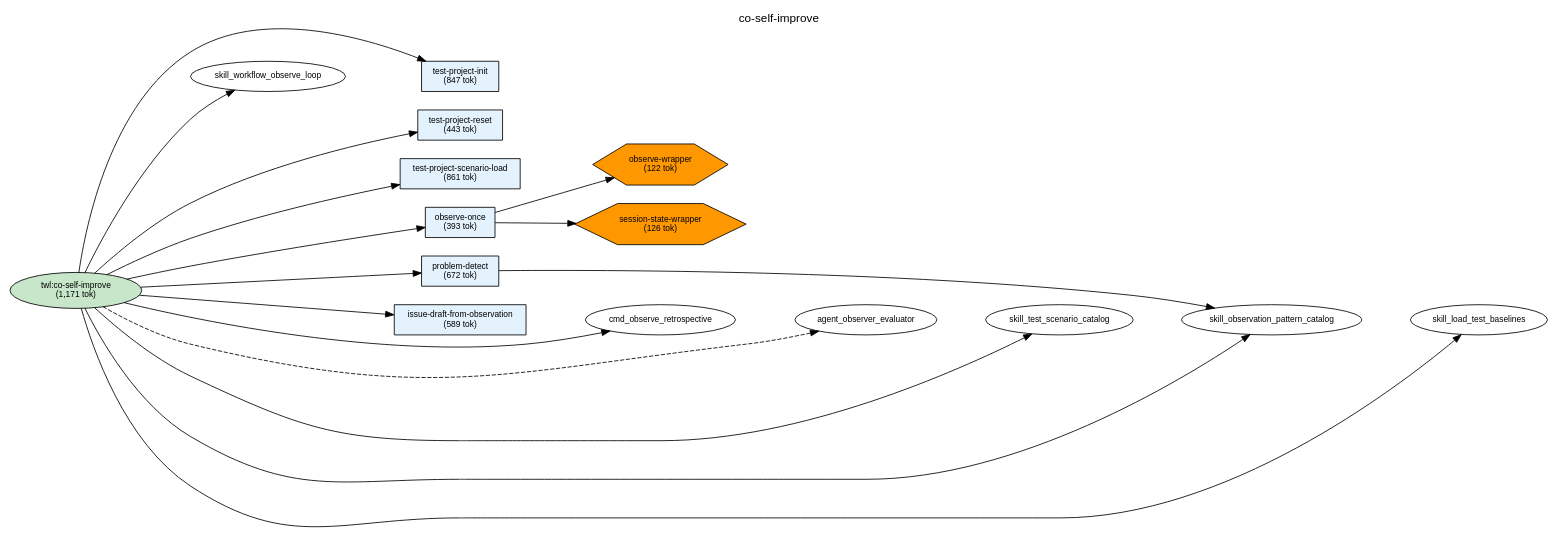
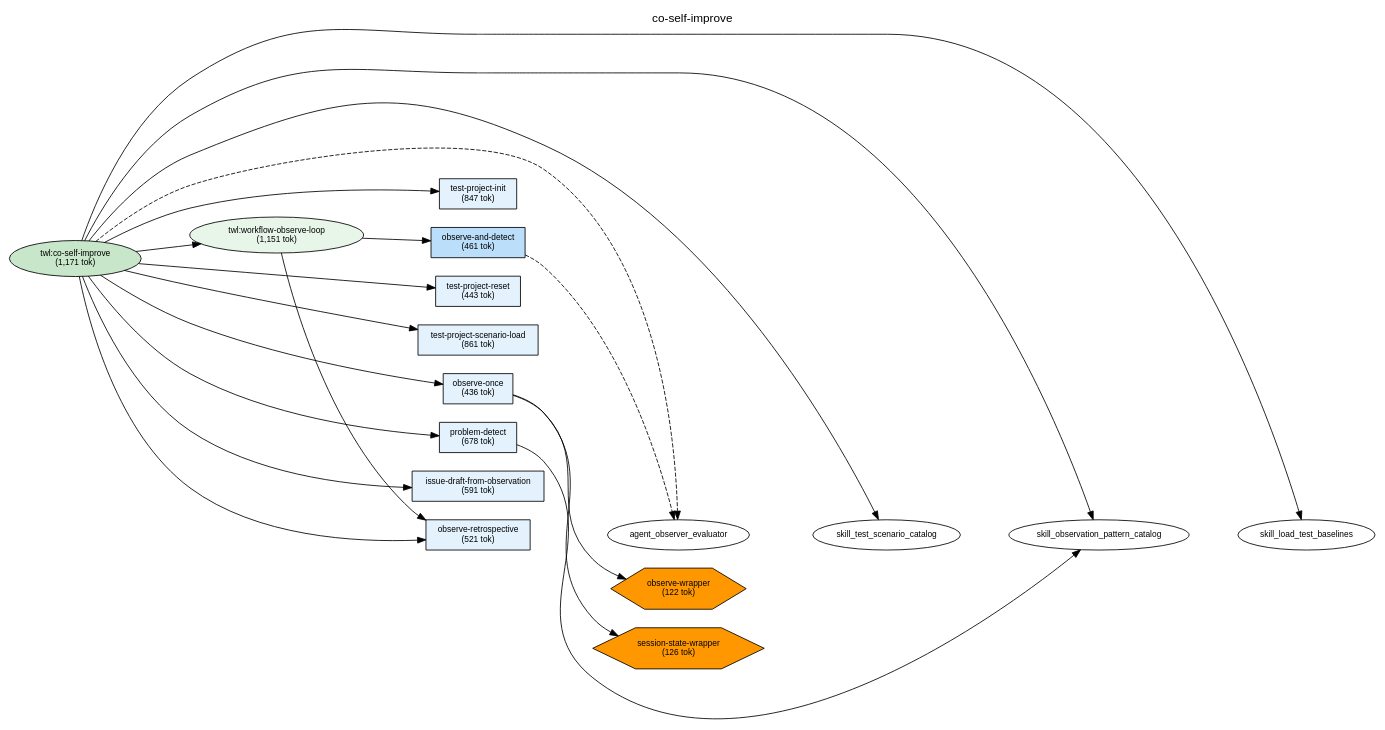
One commit to shuu5/twill changed the diagram in plugins/twl/docs/deps-co-self-improve.dot. Above: the diagram before and after it, drawn with Graphviz. The commit also changed 13 other files, not shown here.

First line of the commit message:
feat(plugins/twl): workflow-observe-loop + observe-and-detect + observe-retrospective (#177)

```diff
--- a/plugins/twl/docs/deps-co-self-improve.dot
+++ b/plugins/twl/docs/deps-co-self-improve.dot
@@ -1,76 +1,84 @@
 digraph Dependencies {
     // Graph settings
     rankdir=LR;
     ranksep=0.8;
     nodesep=0.3;
     fontname="Helvetica";
     node [fontname="Helvetica", fontsize=10];
     edge [fontname="Helvetica", fontsize=9];
     label="co-self-improve";
     labelloc=t;
     fontsize=14;
 
     // L0: Controller Skills
     skill_co_self_improve [label="twl:co-self-improve\n(1,171 tok)", shape=ellipse, style=filled, fillcolor="#c8e6c9"];
 
     // L0: Launchers
 
     // L0.5: Workflow Skills
+    skill_workflow_observe_loop [label="twl:workflow-observe-loop\n(1,151 tok)", shape=ellipse, style=filled, fillcolor="#e8f5e9"];
 
     // Reference Skills
 
     // L1: Direct Commands
-    cmd_observe_once [label="observe-once\n(393 tok)", shape=box, style=filled, fillcolor="#e3f2fd"];
-    cmd_problem_detect [label="problem-detect\n(672 tok)", shape=box, style=filled, fillcolor="#e3f2fd"];
-    cmd_issue_draft_from_observation [label="issue-draft-from-observation\n(589 tok)", shape=box, style=filled, fillcolor="#e3f2fd"];
+    cmd_observe_once [label="observe-once\n(436 tok)", shape=box, style=filled, fillcolor="#e3f2fd"];
+    cmd_problem_detect [label="problem-detect\n(678 tok)", shape=box, style=filled, fillcolor="#e3f2fd"];
+    cmd_issue_draft_from_observation [label="issue-draft-from-observation\n(591 tok)", shape=box, style=filled, fillcolor="#e3f2fd"];
+    cmd_observe_and_detect [label="observe-and-detect\n(461 tok)", shape=box, style=filled, fillcolor="#bbdefb"];
+    cmd_observe_retrospective [label="observe-retrospective\n(521 tok)", shape=box, style=filled, fillcolor="#e3f2fd"];
     cmd_test_project_init [label="test-project-init\n(847 tok)", shape=box, style=filled, fillcolor="#e3f2fd"];
     cmd_test_project_reset [label="test-project-reset\n(443 tok)", shape=box, style=filled, fillcolor="#e3f2fd"];
     cmd_test_project_scenario_load [label="test-project-scenario-load\n(861 tok)", shape=box, style=filled, fillcolor="#e3f2fd"];
 
     // L2: Sub Commands
 
     // L3: Agents
 
     // L3.5: Scripts
     script_observe_wrapper [label="observe-wrapper\n(122 tok)", shape=hexagon, style=filled, fillcolor="#FF9800"];
     script_session_state_wrapper [label="session-state-wrapper\n(126 tok)", shape=hexagon, style=filled, fillcolor="#FF9800"];
 
     // L4: External
 
     // Layer constraints
     { rank=same; skill_co_self_improve; }
-    { rank=same; cmd_observe_once; cmd_problem_detect; cmd_issue_draft_from_observation; cmd_test_project_init; cmd_test_project_reset; cmd_test_project_scenario_load; }
+    { rank=same; skill_workflow_observe_loop; }
+    { rank=same; cmd_observe_once; cmd_problem_detect; cmd_issue_draft_from_observation; cmd_observe_and_detect; cmd_observe_retrospective; cmd_test_project_init; cmd_test_project_reset; cmd_test_project_scenario_load; }
     { rank=same; script_observe_wrapper; script_session_state_wrapper; }
 
     // Edges
     skill_co_self_improve -> skill_workflow_observe_loop;
     skill_co_self_improve -> cmd_test_project_init;
     skill_co_self_improve -> cmd_test_project_reset;
     skill_co_self_improve -> cmd_test_project_scenario_load;
     skill_co_self_improve -> cmd_observe_once;
     skill_co_self_improve -> cmd_problem_detect;
     skill_co_self_improve -> cmd_issue_draft_from_observation;
     skill_co_self_improve -> cmd_observe_retrospective;
     skill_co_self_improve -> agent_observer_evaluator [style=dashed];
     skill_co_self_improve -> skill_test_scenario_catalog;
     skill_co_self_improve -> skill_observation_pattern_catalog;
     skill_co_self_improve -> skill_load_test_baselines;
+    skill_workflow_observe_loop -> cmd_observe_and_detect;
+    skill_workflow_observe_loop -> cmd_observe_retrospective;
     cmd_observe_once -> script_observe_wrapper;
     cmd_observe_once -> script_session_state_wrapper;
     cmd_problem_detect -> skill_observation_pattern_catalog;
+    cmd_observe_and_detect -> agent_observer_evaluator [style=dashed];
 
     // Ordering constraints (invisible edges)
     skill_workflow_observe_loop -> cmd_test_project_init [style=invis, weight=10];
     cmd_test_project_init -> cmd_test_project_reset [style=invis, weight=10];
     cmd_test_project_reset -> cmd_test_project_scenario_load [style=invis, weight=10];
     cmd_test_project_scenario_load -> cmd_observe_once [style=invis, weight=10];
     cmd_observe_once -> cmd_problem_detect [style=invis, weight=10];
     cmd_problem_detect -> cmd_issue_draft_from_observation [style=invis, weight=10];
     cmd_issue_draft_from_observation -> cmd_observe_retrospective [style=invis, weight=10];
     cmd_observe_retrospective -> agent_observer_evaluator [style=invis, weight=10];
     agent_observer_evaluator -> skill_test_scenario_catalog [style=invis, weight=10];
     skill_test_scenario_catalog -> skill_observation_pattern_catalog [style=invis, weight=10];
     skill_observation_pattern_catalog -> skill_load_test_baselines [style=invis, weight=10];
+    cmd_observe_and_detect -> cmd_observe_retrospective [style=invis, weight=10];
     script_observe_wrapper -> script_session_state_wrapper [style=invis, weight=10];
 
 }
```
